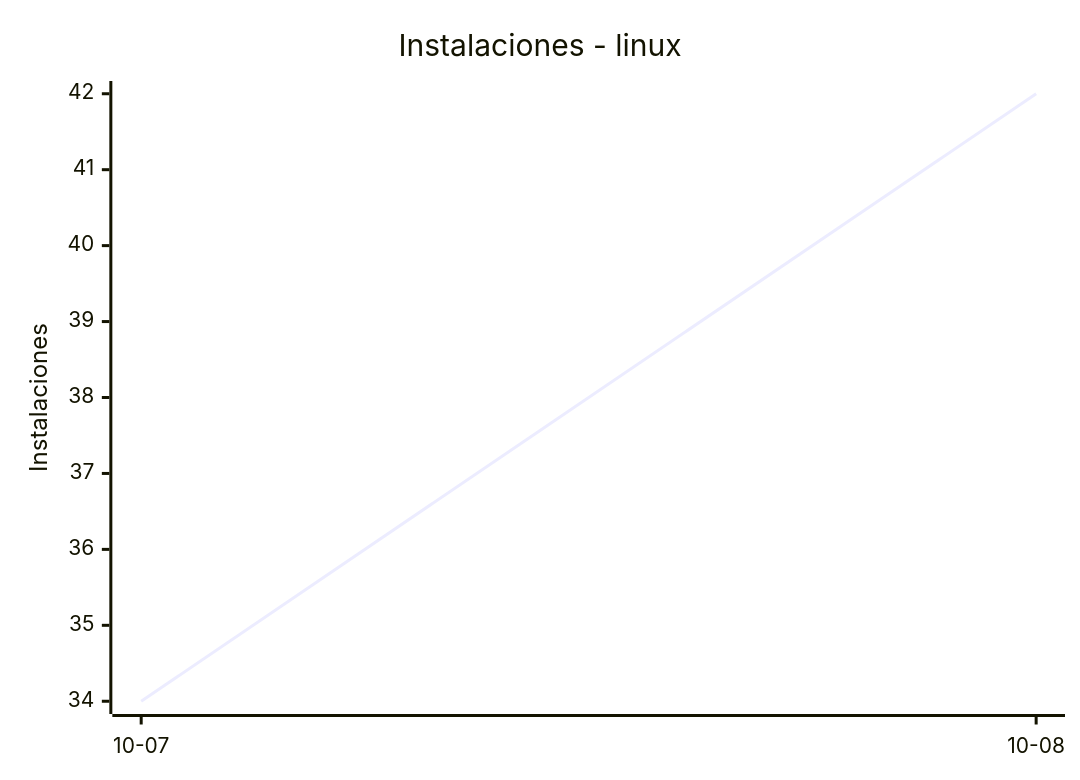
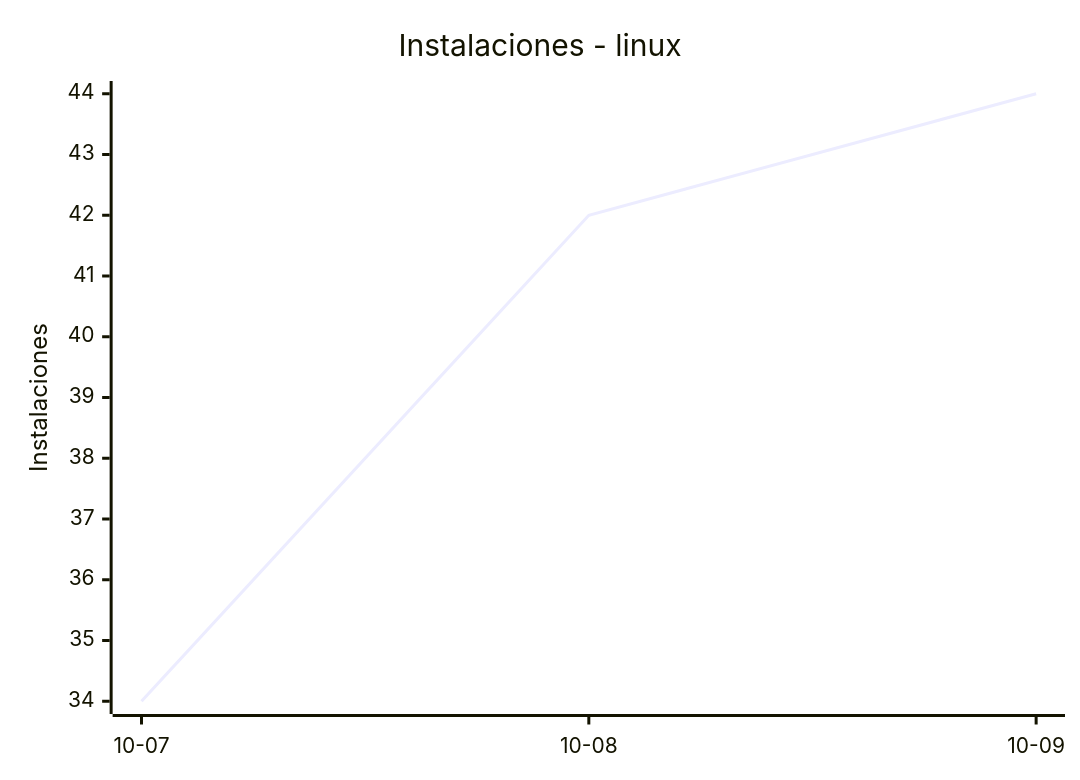
Before and after one commit to EmuDeck/stats: the fourth of 8 diagrams in README.md, drawn with Mermaid. The commit also changed other lines of this file and 2 other files, not shown here.

````diff
--- a/README.md
+++ b/README.md
@@ -52,7 +52,7 @@
 ```mermaid
 xychart-beta
     title "Instalaciones - linux"
-    x-axis ["10-07", "10-08"]
+    x-axis ["10-07", "10-08", "10-09"]
     y-axis "Instalaciones"
-    line [34, 42]
+    line [34, 42, 44]
 ```
````
